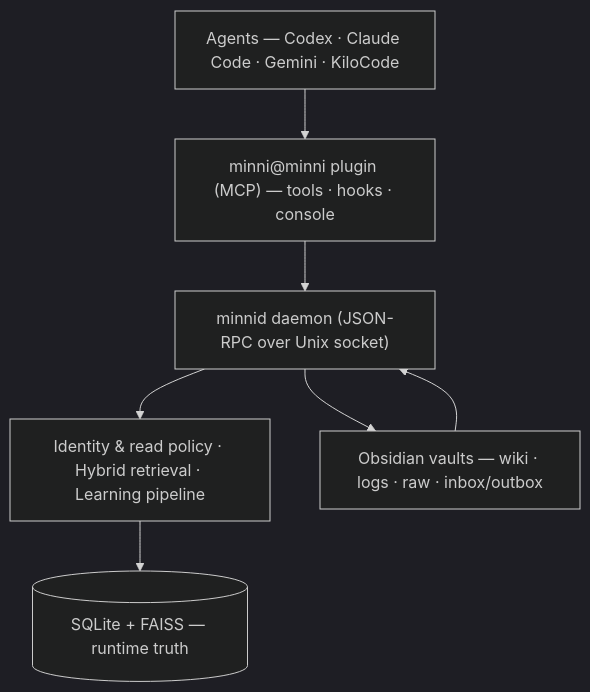
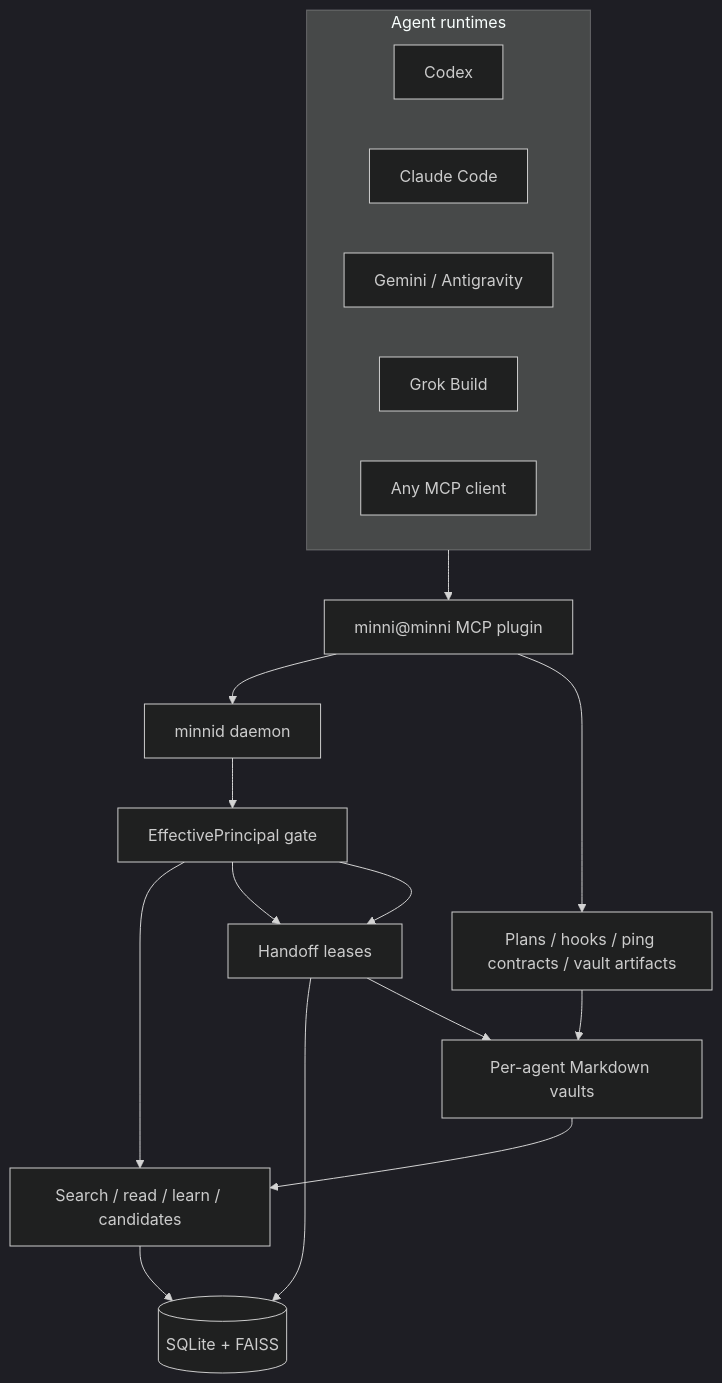
One commit to infektyd/minni changed the diagram in README.md. Above: the diagram before and after it, drawn with Mermaid (dark theme). The commit also changed other lines of this file, not shown here.

````diff
--- a/README.md
+++ b/README.md
@@ -136,13 +12,27 @@
 ```mermaid
 flowchart TD
-    Agents["Agents — Codex · Claude Code · Gemini · KiloCode"]
-    Plugin["minni@minni plugin (MCP) — tools · hooks · console"]
-    Daemon["minnid daemon (JSON-RPC over Unix socket)"]
-    Core["Identity & read policy · Hybrid retrieval · Learning pipeline"]
-    Storage[("SQLite + FAISS — runtime truth")]
-    Vaults["Obsidian vaults — wiki · logs · raw · inbox/outbox"]
+    subgraph Runtimes["Agent runtimes"]
+      Codex["Codex"]
+      Claude["Claude Code"]
+      Gemini["Gemini / Antigravity"]
+      Grok["Grok Build"]
+      Other["Any MCP client"]
+    end
 
-    Agents --> Plugin --> Daemon --> Core --> Storage
-    Vaults --> Daemon
-    Daemon --> Vaults
+    Plugin["minni@minni MCP plugin"]
+    Daemon["minnid daemon"]
+    Gate["EffectivePrincipal gate"]
+    Retrieval["Search / read / learn / candidates"]
+    Artifacts["Plans / hooks / ping contracts / vault artifacts"]
+    Handoff["Handoff leases"]
+    Storage[("SQLite + FAISS")]
+    Vaults["Per-agent Markdown vaults"]
+
+    Runtimes --> Plugin
+    Plugin --> Daemon --> Gate
+    Gate --> Retrieval --> Storage
+    Gate --> Handoff --> Storage
+    Gate --> Handoff --> Vaults
+    Plugin --> Artifacts --> Vaults
+    Vaults --> Retrieval
 ```
````
